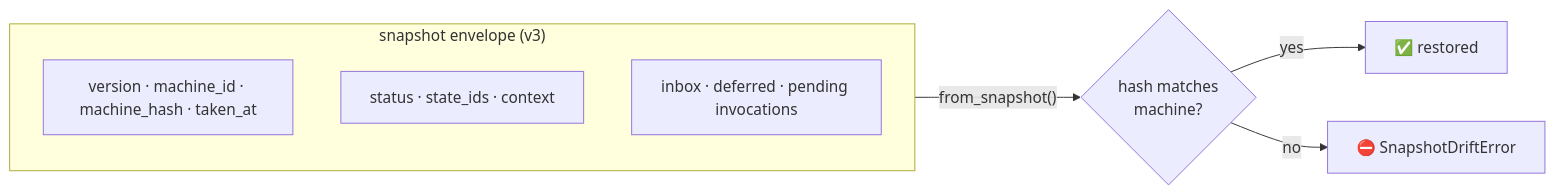
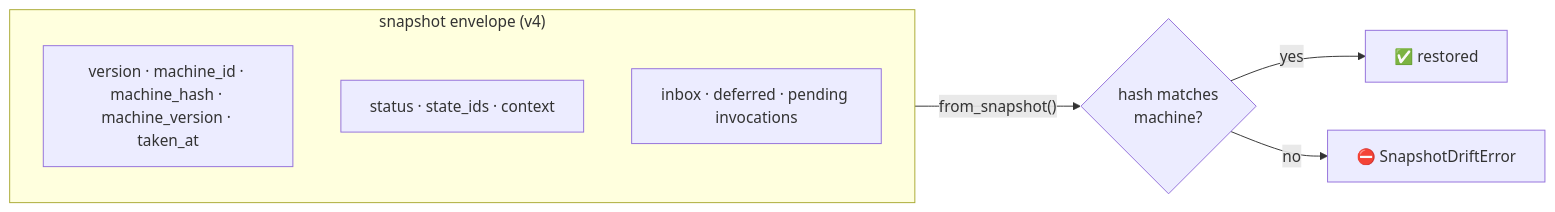
The second of 2 diagrams in docs/_guide/snapshots.md (basiltt/xstate-statemachine), drawn with Mermaid before and after one commit. The commit also changed other lines of this file and 15 other files, not shown here.

First line of the commit message:
feat(core): snapshot layout v4, MachineNode.version, wall_now(), Deadline, receipt codec (#305 part 1)

````diff
--- a/docs/_guide/snapshots.md
+++ b/docs/_guide/snapshots.md
@@ -234,12 +234,12 @@
 ```mermaid
 flowchart LR
-    subgraph env["snapshot envelope (v3)"]
+    subgraph env["snapshot envelope (v4)"]
         direction TB
-        H["version · machine_id · machine_hash · taken_at"]
+        H["version · machine_id · machine_hash · machine_version · taken_at"]
         B["status · state_ids · context"]
         Q["inbox · deferred · pending invocations"]
     end
     env -- "from_snapshot()" --> C{"hash matches<br/>machine?"}
     C -- yes --> R["✅ restored"]
     C -- no --> D["⛔ SnapshotDriftError"]
 ```
````
